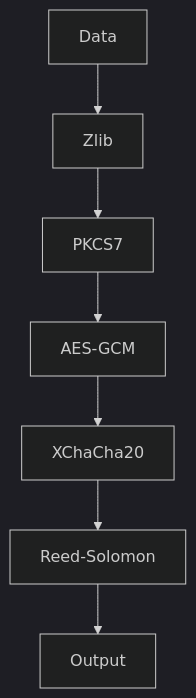
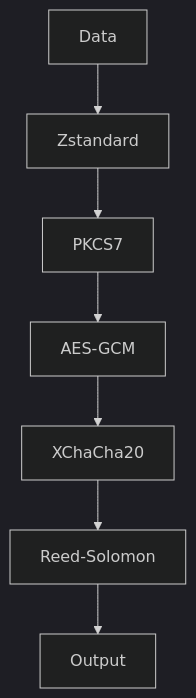
Before and after one commit to hambosto/sweetbyte-rs: the first of 2 diagrams in README.md, drawn with Mermaid (dark theme). The commit also changed other lines of this file and 11 other files, not shown here.

````diff
--- a/README.md
+++ b/README.md
@@ -69,9 +69,9 @@
 ```mermaid
 graph TD
-    A[Data] --> B[Zlib]
+    A[Data] --> B[Zstandard]
     B --> C[PKCS7]
     C --> D[AES-GCM]
     D --> E[XChaCha20]
     E --> F[Reed-Solomon]
     F --> G[Output]
 ```
````
